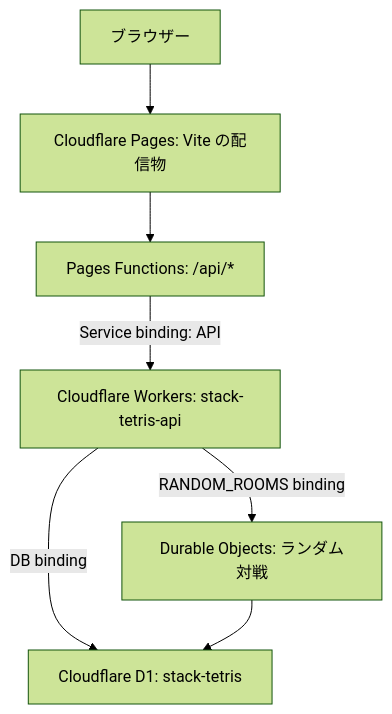
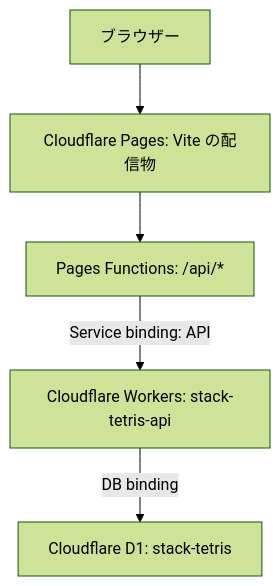
The diagram in docs/cloudflare-accounts.md (ikkungames110/tetris), drawn with Mermaid (forest theme) before and after one commit. The commit also changed other lines of this file and 17 other files, not shown here.

````diff
--- a/docs/cloudflare-accounts.md
+++ b/docs/cloudflare-accounts.md
@@ -9,9 +9,7 @@
 ```mermaid
 flowchart TD
   User[ブラウザー] --> Pages[Cloudflare Pages: Vite の配信物]
   Pages --> Gateway[Pages Functions: /api/*]
   Gateway -->|Service binding: API| Worker[Cloudflare Workers: stack-tetris-api]
   Worker -->|DB binding| D1[Cloudflare D1: stack-tetris]
-  Worker -->|RANDOM_ROOMS binding| Rooms[Durable Objects: ランダム対戦]
-  Rooms --> D1
 ```
````
